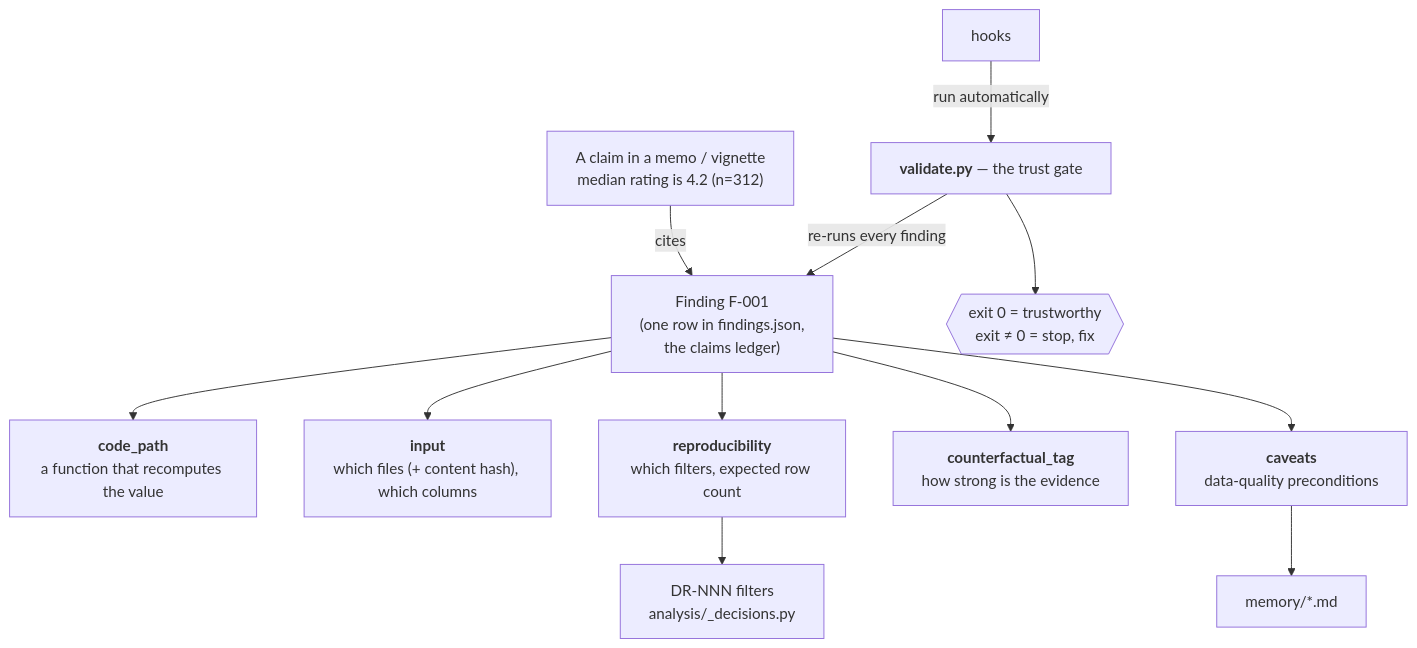
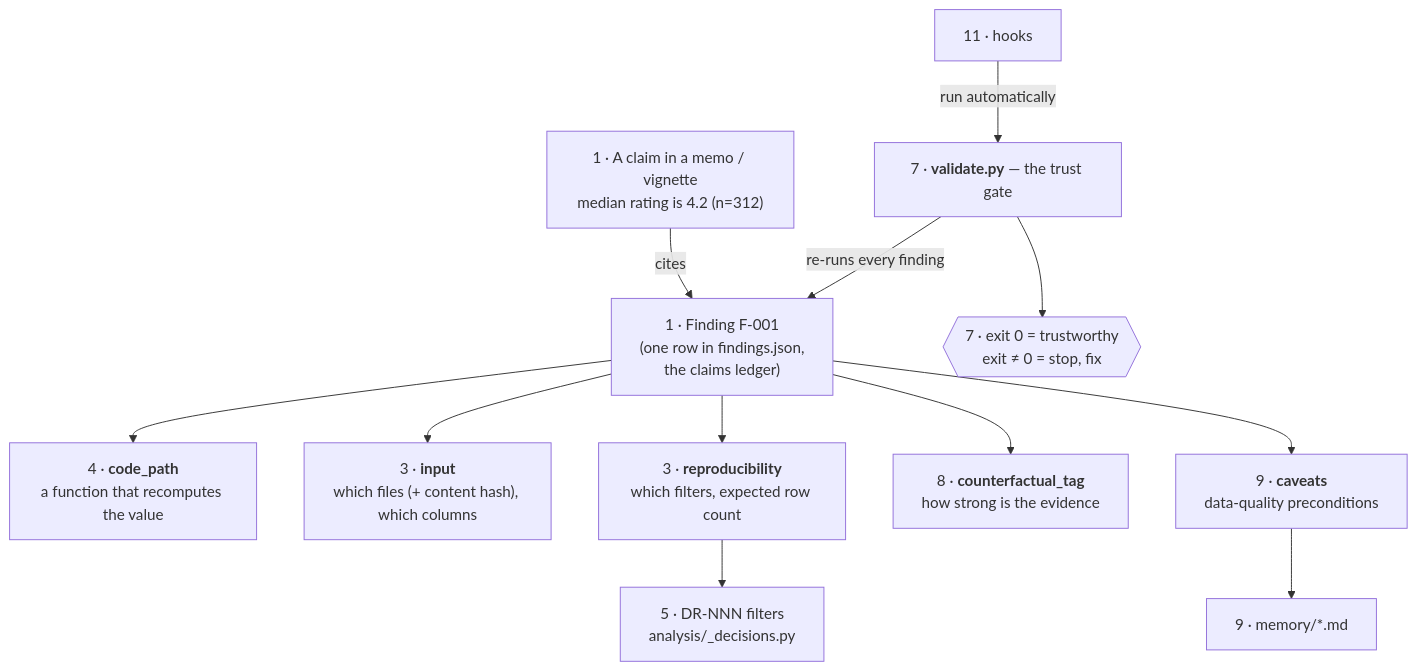
The first of 4 diagrams in docs/CONCEPTS.md (stephs-repos/analysis-kit), drawn with Mermaid before and after one commit. The commit also changed other lines of this file, not shown here.

Commit message:
docs(concepts): tag each box in the concept map with its section number
Each box in the first diagram now carries the number of the section that explains
it (e.g. "4 · code_path"), so a reader can move from the map to the write-up for
any piece. Boxes that share a number — input/reproducibility (3), caveats/memory
(9), validate/exit (7) — reinforce that they're explained together. Added a
one-line caption noting the convention; the body cross-references use "section N"
to match.

````diff
--- a/docs/CONCEPTS.md
+++ b/docs/CONCEPTS.md
@@ -24,19 +24,19 @@
 ```mermaid
 flowchart TD
-  memo["A claim in a memo / vignette<br/>median rating is 4.2 (n=312)"] -->|cites| F
+  memo["1 · A claim in a memo / vignette<br/>median rating is 4.2 (n=312)"] -->|cites| F
 
-  F["Finding F-001<br/>(one row in findings.json,<br/>the claims ledger)"]
+  F["1 · Finding F-001<br/>(one row in findings.json,<br/>the claims ledger)"]
 
-  F --> code["<b>code_path</b><br/>a function that recomputes the value"]
-  F --> input["<b>input</b><br/>which files (+ content hash), which columns"]
-  F --> repro["<b>reproducibility</b><br/>which filters, expected row count"]
-  F --> tag["<b>counterfactual_tag</b><br/>how strong is the evidence"]
-  F --> cav["<b>caveats</b><br/>data-quality preconditions"]
+  F --> code["4 · <b>code_path</b><br/>a function that recomputes the value"]
+  F --> input["3 · <b>input</b><br/>which files (+ content hash), which columns"]
+  F --> repro["3 · <b>reproducibility</b><br/>which filters, expected row count"]
+  F --> tag["8 · <b>counterfactual_tag</b><br/>how strong is the evidence"]
+  F --> cav["9 · <b>caveats</b><br/>data-quality preconditions"]
 
-  repro --> dec["DR-NNN filters<br/>analysis/_decisions.py"]
-  cav --> mem["memory/*.md"]
+  repro --> dec["5 · DR-NNN filters<br/>analysis/_decisions.py"]
+  cav --> mem["9 · memory/*.md"]
 
-  validate["<b>validate.py</b> — the trust gate"] -->|re-runs every finding| F
-  validate --> exit{{"exit 0 = trustworthy<br/>exit ≠ 0 = stop, fix"}}
-  hooks["hooks"] -->|run automatically| validate
+  validate["7 · <b>validate.py</b> — the trust gate"] -->|re-runs every finding| F
+  validate --> exit{{"7 · exit 0 = trustworthy<br/>exit ≠ 0 = stop, fix"}}
+  hooks["11 · hooks"] -->|run automatically| validate
 ```
````
